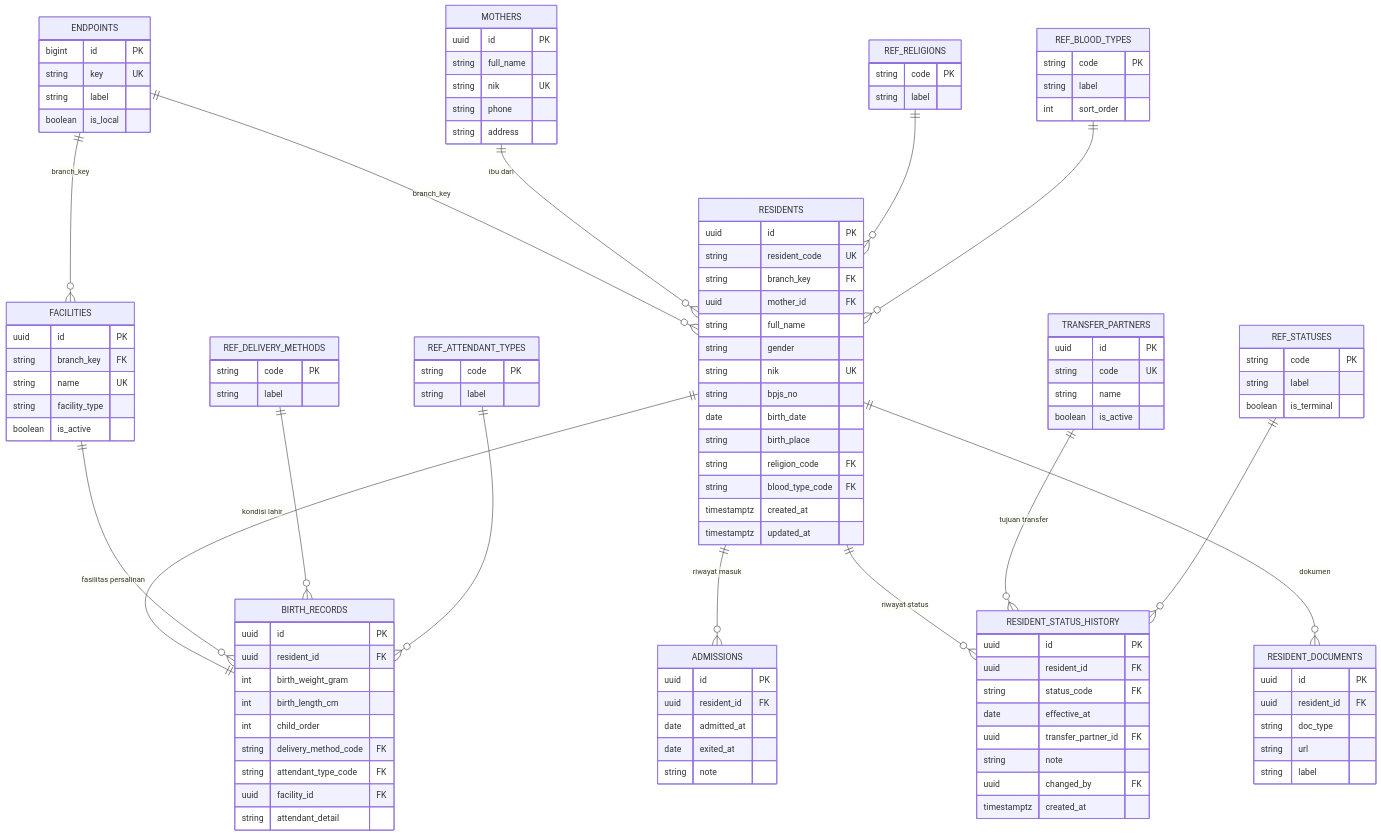
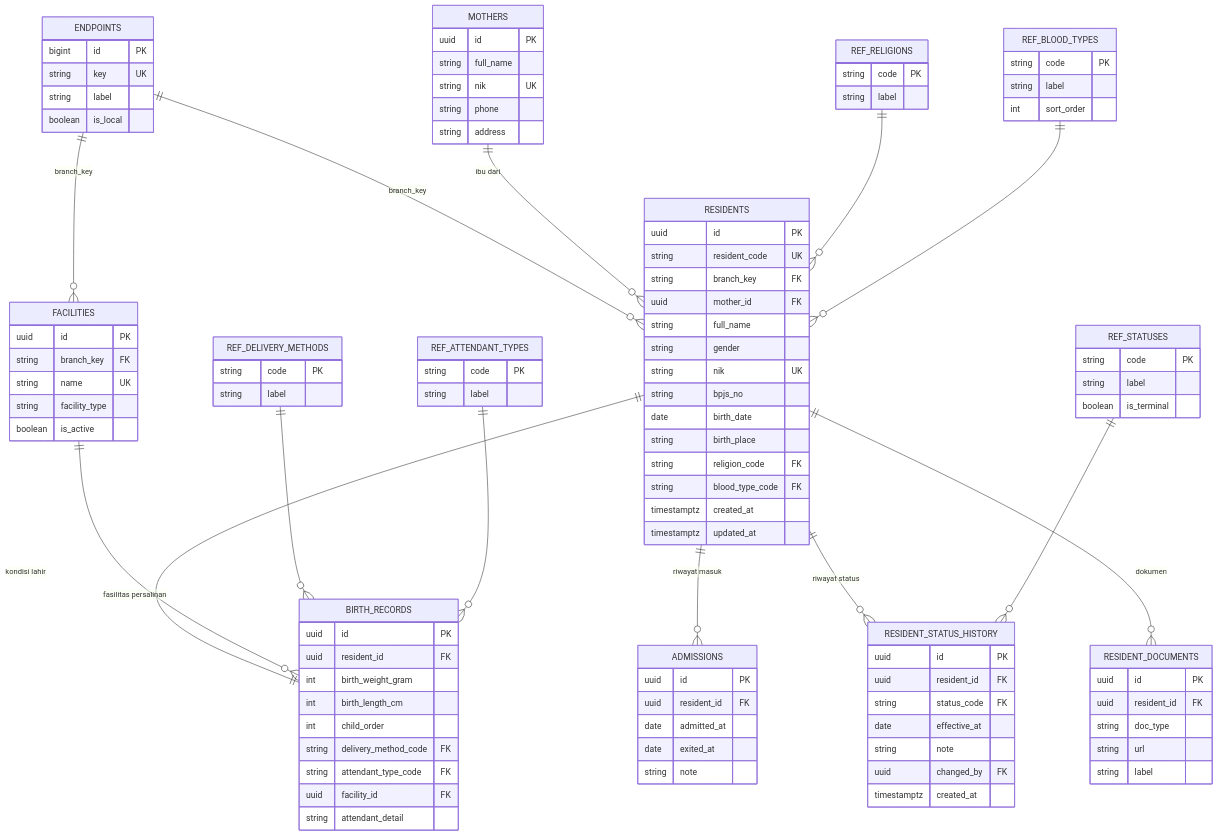
The diagram in 1793093835163-analisa-data-mentah-business/SPEC.md (historic-memory/bbh-data-board-historic), drawn with Mermaid before and after one commit. The commit also changed other lines of this file and 4 other files, not shown here.

Commit message:
spec: sederhanakan D-6 - tujuan transfer cukup di note, buang tabel transfer_partners

```diff
--- a/1793093835163-analisa-data-mentah-business/SPEC.md
+++ b/1793093835163-analisa-data-mentah-business/SPEC.md
@@ -52,7 +52,6 @@
     RESIDENTS ||--o{ RESIDENT_STATUS_HISTORY : "riwayat status"
     RESIDENTS ||--o{ RESIDENT_DOCUMENTS : "dokumen"
     FACILITIES ||--o{ BIRTH_RECORDS : "fasilitas persalinan"
-    TRANSFER_PARTNERS ||--o{ RESIDENT_STATUS_HISTORY : "tujuan transfer"
     REF_RELIGIONS ||--o{ RESIDENTS : ""
     REF_BLOOD_TYPES ||--o{ RESIDENTS : ""
     REF_DELIVERY_METHODS ||--o{ BIRTH_RECORDS : ""
@@ -111,7 +110,6 @@
         uuid resident_id FK
         string status_code FK
         date effective_at
-        uuid transfer_partner_id FK
         string note
         uuid changed_by FK
         timestamptz created_at
@@ -121,12 +119,6 @@
         string branch_key FK
         string name UK
         string facility_type
-        boolean is_active
-    }
-    TRANSFER_PARTNERS {
-        uuid id PK
-        string code UK
-        string name
         boolean is_active
     }
     RESIDENT_DOCUMENTS {
```
